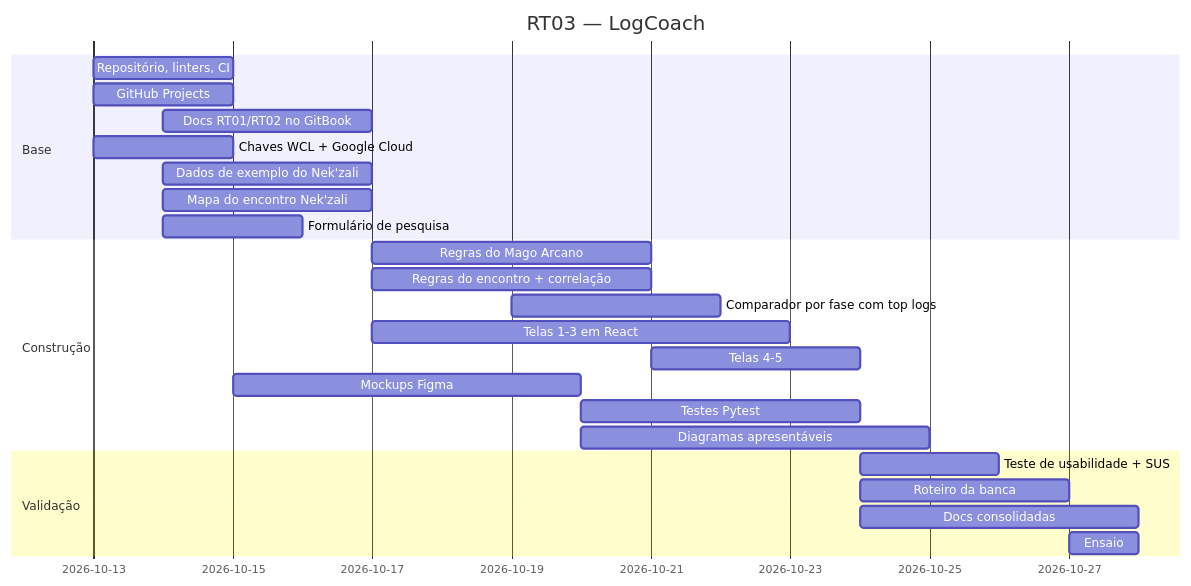
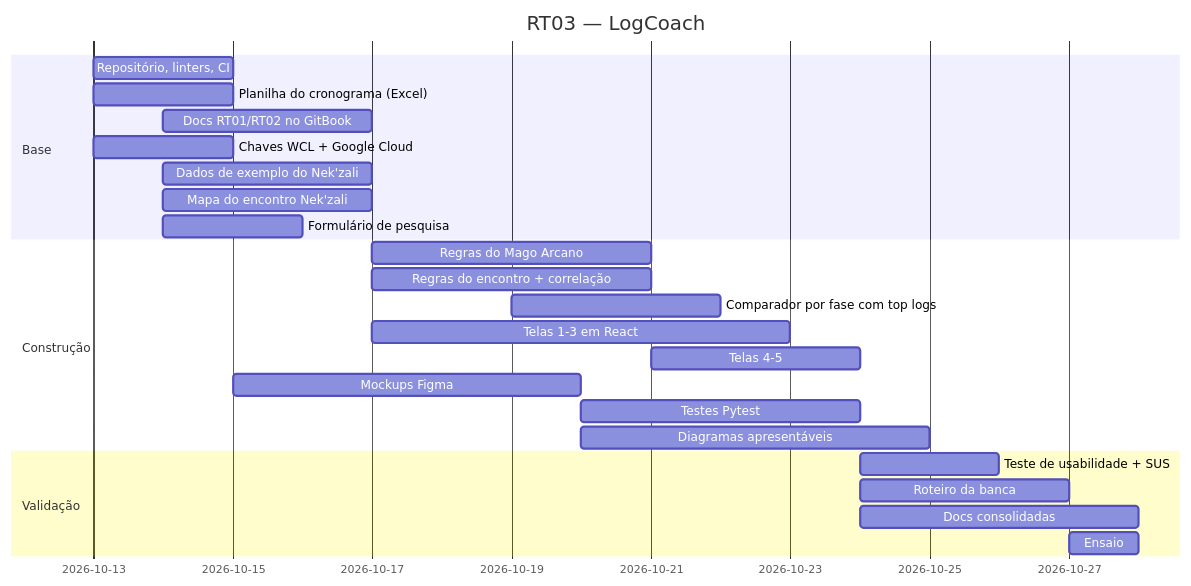
Before and after one commit to jp4inbr/LogCoach: the diagram in docs/06-planejamento-de-tarefas.md, drawn with Mermaid. The commit also changed other lines of this file, not shown here.

First line of the commit message:
docs(planejamento): cronograma na planilha em Excel e issues abertas no lugar do GitHub Projects

````diff
--- a/docs/06-planejamento-de-tarefas.md
+++ b/docs/06-planejamento-de-tarefas.md
@@ -39,27 +37,27 @@
 ```mermaid
 gantt
     dateFormat  YYYY-MM-DD
     title RT03 — LogCoach
     section Base
     Repositório, linters, CI          :2026-10-13, 2d
-    GitHub Projects                   :2026-10-13, 2d
+    Planilha do cronograma (Excel)    :2026-10-13, 2d
     Docs RT01/RT02 no GitBook         :2026-10-14, 3d
     Chaves WCL + Google Cloud         :2026-10-13, 2d
     Dados de exemplo do Nek'zali      :2026-10-14, 3d
     Mapa do encontro Nek'zali         :2026-10-14, 3d
     Formulário de pesquisa            :2026-10-14, 2d
     section Construção
     Regras do Mago Arcano             :2026-10-17, 4d
     Regras do encontro + correlação   :2026-10-17, 4d
     Comparador por fase com top logs  :2026-10-19, 3d
     Telas 1-3 em React                :2026-10-17, 6d
     Telas 4-5                         :2026-10-21, 3d
     Mockups Figma                     :2026-10-15, 5d
     Testes Pytest                     :2026-10-20, 4d
     Diagramas apresentáveis           :2026-10-20, 5d
     section Validação
     Teste de usabilidade + SUS        :2026-10-24, 2d
     Roteiro da banca                  :2026-10-24, 3d
     Docs consolidadas                 :2026-10-24, 4d
     Ensaio                            :2026-10-27, 1d
 ```
````
